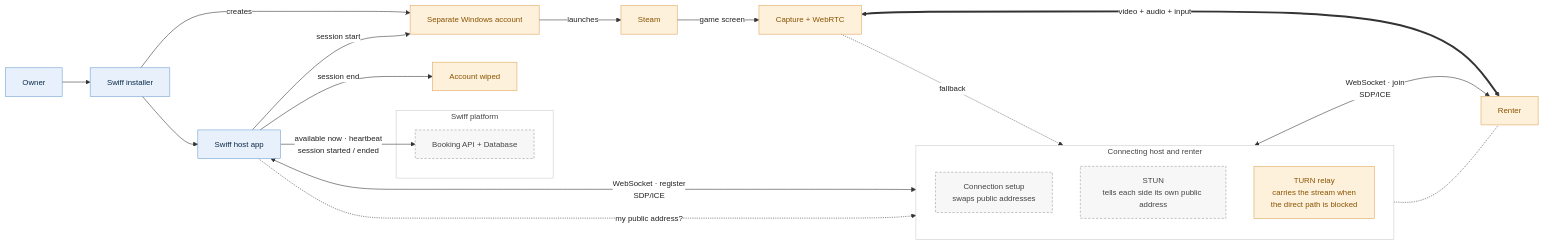
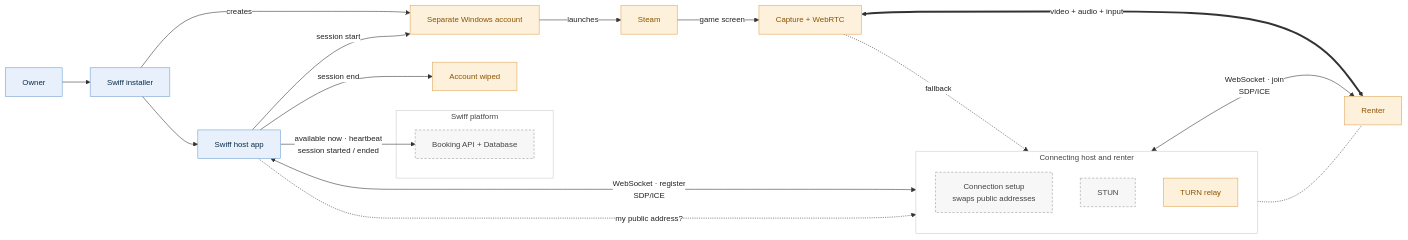
Before and after one commit to tomnotthomas/distributed_gaming: the diagram in docs/diagrams/host-isolation.mmd, drawn with Mermaid. The commit also changed 2 other files, not shown here.

Commit message:
docs: explain STUN and TURN under the host diagram, not in it

```diff
--- a/docs/diagrams/host-isolation.mmd
+++ b/docs/diagrams/host-isolation.mmd
@@ -1,64 +1,64 @@
 ---
 config:
   theme: base
   flowchart:
     curve: basis
     htmlLabels: true
   themeVariables:
     fontFamily: "Helvetica Neue, Helvetica, Arial, sans-serif"
     fontSize: 14px
     edgeLabelBackground: "#ffffff"
     lineColor: "#333333"
     primaryTextColor: "#222222"
   themeCSS: >-
     .edgeLabel, .edgeLabel p, .edgeLabel span, .labelBkg { background: #fff !important; background-color: #fff !important; }
     .edgeLabel p, .edgeLabel span { color: #555; font-size: 13px; }
     .edgeLabel rect { fill: #fff !important; opacity: 1 !important; }
     svg, text, span, p, div { font-family: "Helvetica Neue", Helvetica, Arial, sans-serif !important; }
 ---
 flowchart LR
   Owner["Owner"]
   Installer["Swiff installer"]
   HostApp["Swiff host app"]
   Account["Separate Windows account"]
   Steam["Steam"]
   Capture["Capture + WebRTC"]
   Wiped["Account wiped"]
   subgraph Platform["Swiff platform"]
     API["Booking API + Database"]
   end
   subgraph Connect["Connecting host and renter"]
     direction TB
     SIG["Connection setup<br/>swaps public addresses"]
     STUN
     TURN
   end
-  STUN["STUN<br/>tells each side its own public address"]
-  TURN["TURN relay<br/>carries the stream when<br/>the direct path is blocked"]
+  STUN["STUN"]
+  TURN["TURN relay"]
   Renter["Renter"]
 
   Owner --> Installer
   Installer -- "creates" --> Account
   Installer --> HostApp
   HostApp -- "session start" --> Account
   HostApp -- "session end" --> Wiped
   Account -- "launches" --> Steam
   Steam -- "game screen" --> Capture
   HostApp -- "available now · heartbeat<br/>session started / ended" --> API
   HostApp <-- "WebSocket · register<br/>SDP/ICE" --> SIG
   SIG <-- "WebSocket · join<br/>SDP/ICE" --> Renter
   HostApp -. "my public address?" .-> STUN
   Capture -. "fallback" .-> TURN
   TURN -.- Renter
   Capture <== "video + audio + input" ==> Renter
 
   classDef owner fill:#e8f1fb,stroke:#6d9ed3,color:#0b2a4a
   classDef session fill:#fdf1dc,stroke:#e0a458,color:#8a5300
   classDef platform fill:#f7f7f7,stroke:#999,stroke-dasharray:4 3,color:#444
   class Owner,Installer,HostApp owner
   class Account,Steam,Capture,Wiped,Renter session
   class API,SIG,STUN platform
   classDef turn fill:#fdf1dc,stroke:#e0a458,color:#8a5300
   class TURN turn
   style Platform fill:#ffffff,stroke:#ccc,color:#444
   style Connect fill:#ffffff,stroke:#ccc,color:#444
```
